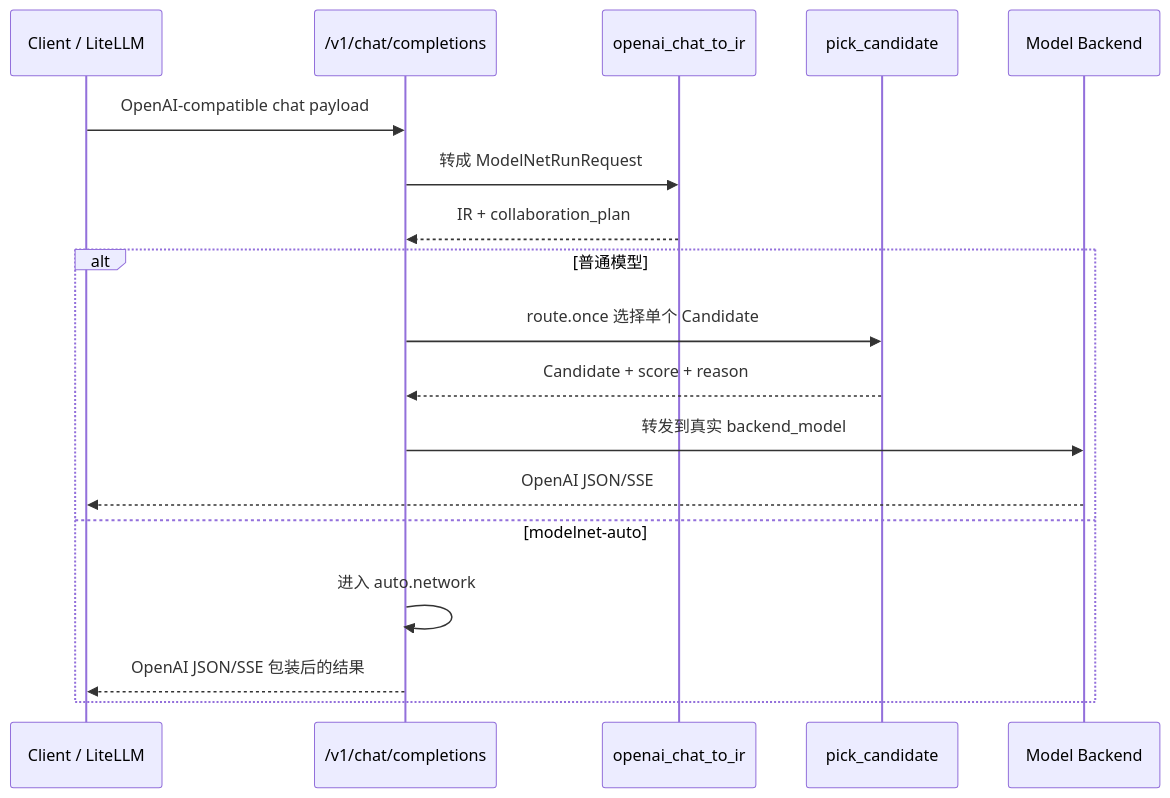
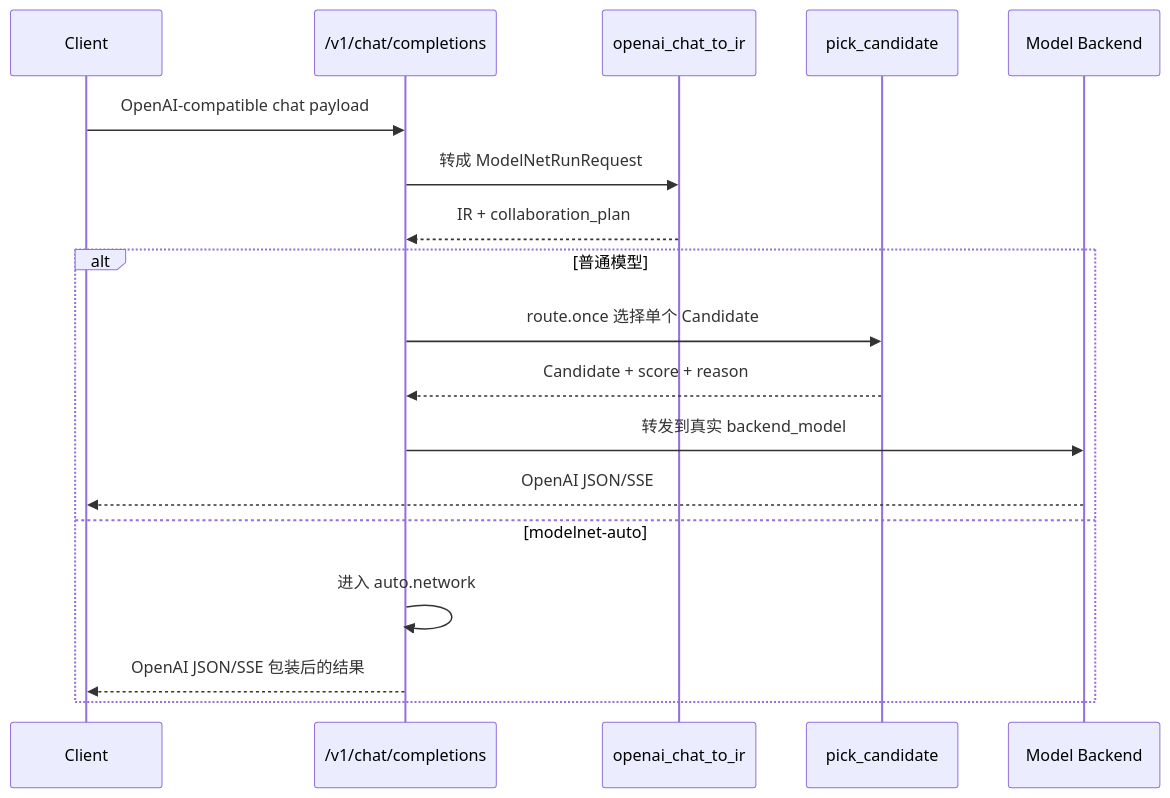
Before and after one commit to WNDS-JNU/ModelNet-Toc: the second of 5 diagrams in docs/modelnet-routing-introduction.md, drawn with Mermaid. The commit also changed other lines of this file and 31 other files, not shown here.

Commit message:
refactor: retire LiteLLM from ModelNet dev stack

````diff
--- a/docs/modelnet-routing-introduction.md
+++ b/docs/modelnet-routing-introduction.md
@@ -78,21 +76,21 @@
 ```mermaid
 sequenceDiagram
-    participant C as Client / LiteLLM
+    participant C as Client
     participant API as /v1/chat/completions
     participant Adapter as openai_chat_to_ir
     participant Router as pick_candidate
     participant Backend as Model Backend
 
     C->>API: OpenAI-compatible chat payload
     API->>Adapter: 转成 ModelNetRunRequest
     Adapter-->>API: IR + collaboration_plan
     alt 普通模型
         API->>Router: route.once 选择单个 Candidate
         Router-->>API: Candidate + score + reason
         API->>Backend: 转发到真实 backend_model
         Backend-->>C: OpenAI JSON/SSE
     else modelnet-auto
         API->>API: 进入 auto.network
         API-->>C: OpenAI JSON/SSE 包装后的结果
     end
 ```
````
